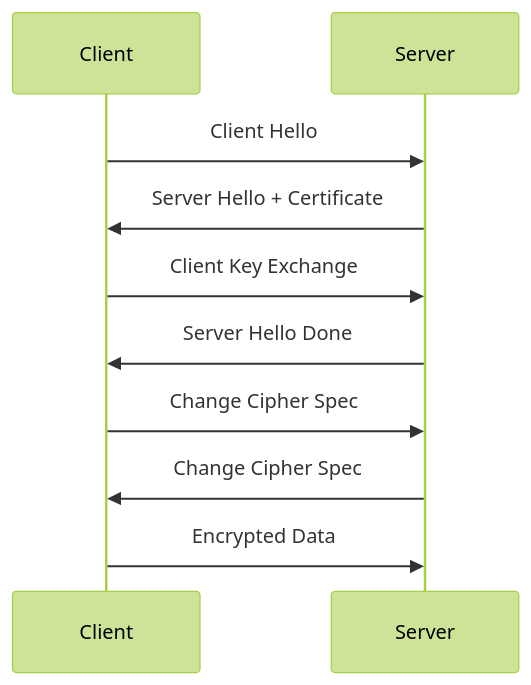
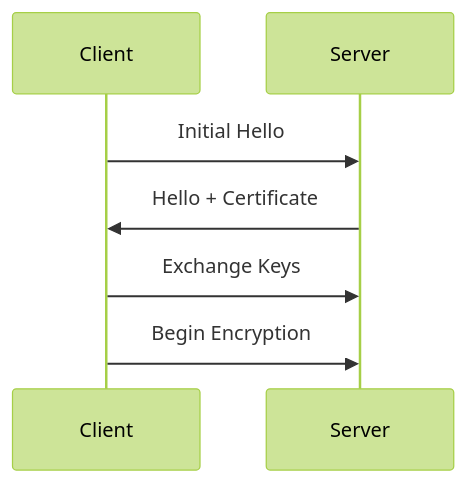
One commit to bluntbrain/blockchain-notes changed the second of 4 diagrams in networking/README.md. Above: the diagram before and after it, drawn with Mermaid (forest theme). The commit also changed other lines of this file, not shown here.

````diff
--- a/networking/README.md
+++ b/networking/README.md
@@ -249,12 +355,9 @@
    ```mermaid
    sequenceDiagram
        participant Client
        participant Server
-       Client->>Server: Client Hello
-       Server->>Client: Server Hello + Certificate
-       Client->>Server: Client Key Exchange
-       Server->>Client: Server Hello Done
-       Client->>Server: Change Cipher Spec
-       Server->>Client: Change Cipher Spec
-       Client->>Server: Encrypted Data
+       Client->>Server: Initial Hello
+       Server->>Client: Hello + Certificate
+       Client->>Server: Exchange Keys
+       Client->>Server: Begin Encryption
    ```
````
